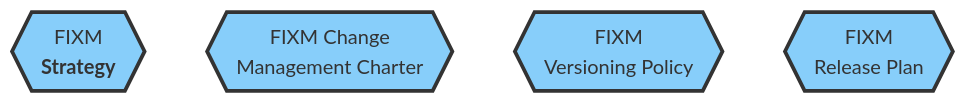
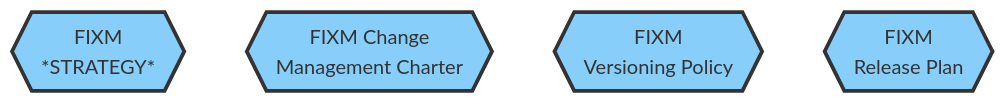
The diagram in docs/home.md (hlepori/test_docsify), drawn with Mermaid before and after one commit.

````diff
--- a/docs/home.md
+++ b/docs/home.md
@@ -9,14 +9,14 @@
 ```mermaid
 graph TD
-STRATEGY{{FIXM<br><b>Strategy<b>}}
+STRATEGY{{FIXM<br>*STRATEGY*}}
 CHARTER{{FIXM Change<br>Management Charter}}
 VERSIONING{{FIXM<br>Versioning Policy}}
 RELEASEPLAN{{FIXM<br>Release Plan}}
 
 style STRATEGY fill:#87CEFA,stroke:#333,stroke-width:3px
 style CHARTER fill:#87CEFA,stroke:#333,stroke-width:3px
 style VERSIONING fill:#87CEFA,stroke:#333,stroke-width:3px
 style RELEASEPLAN fill:#87CEFA,stroke:#333,stroke-width:3px
 
 click STRATEGY "https://ost.eurocontrol.int/sites/FIXM/Lists/Bug%20reports/AllItems.aspx" "Go to the FIXM Strategy" _blank
 ```
````
